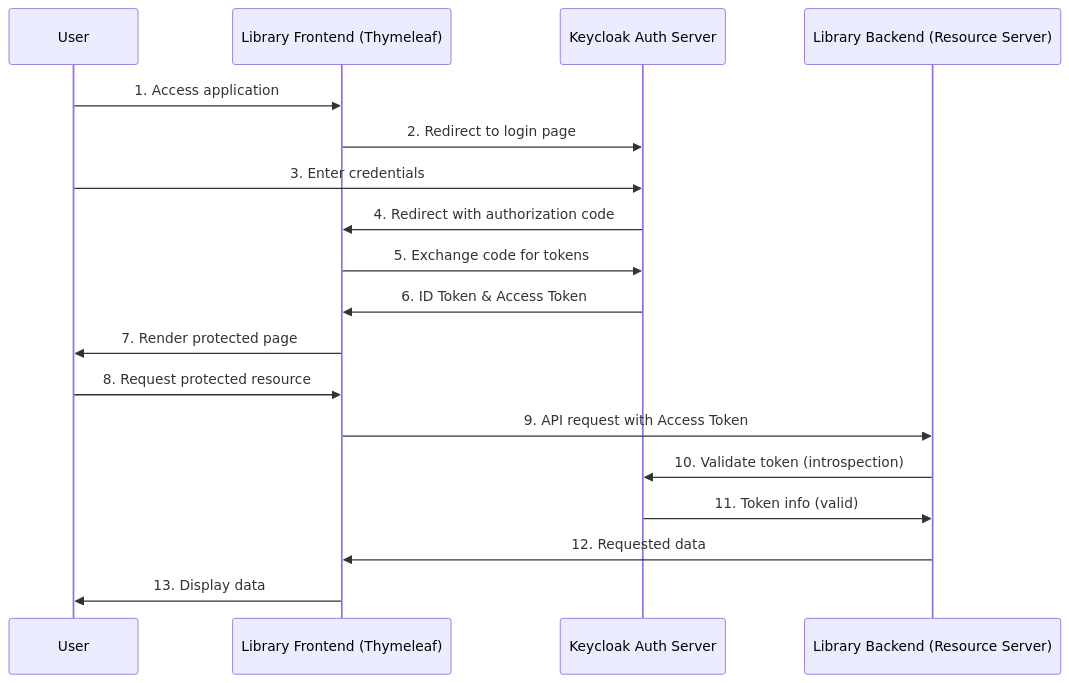
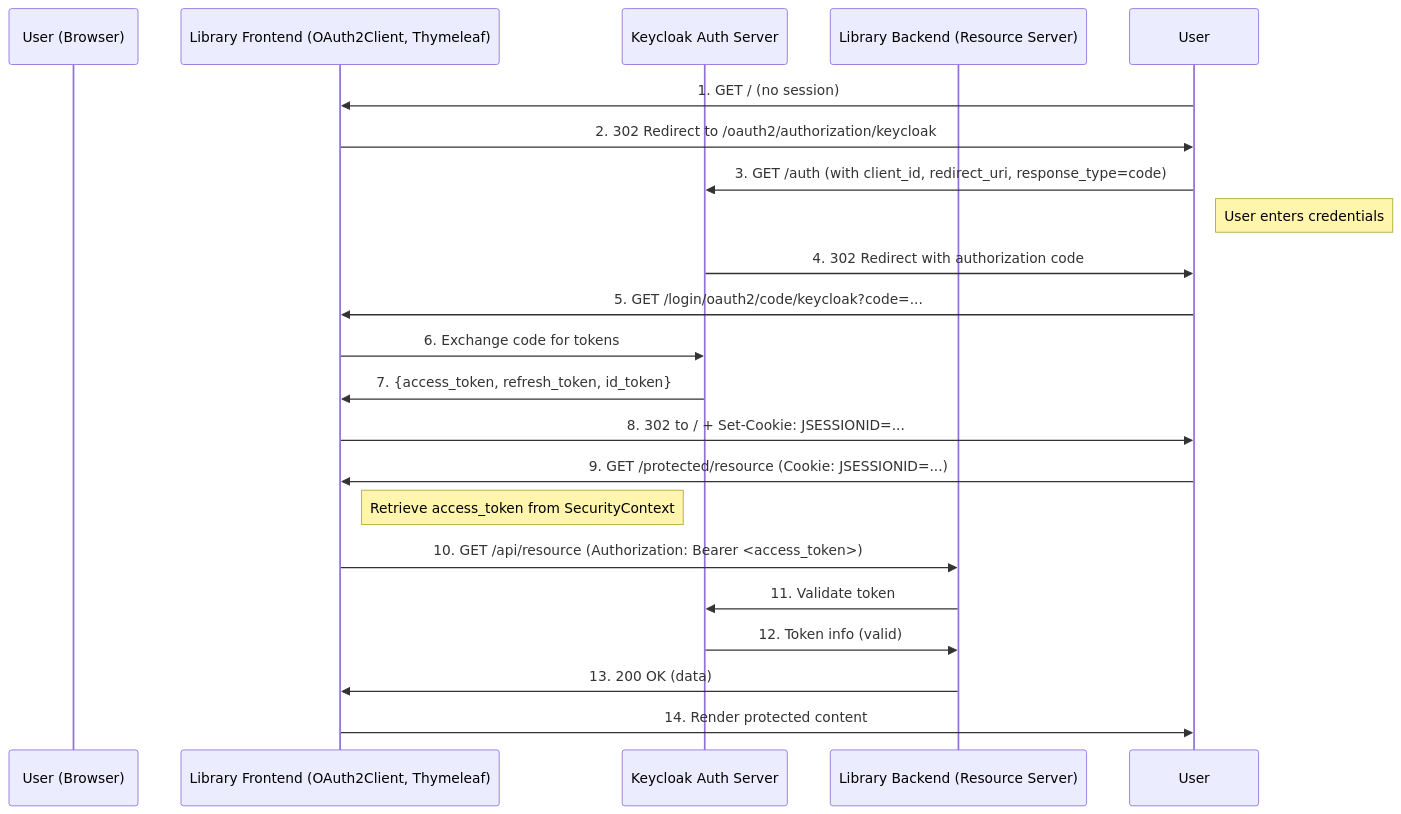
Before and after one commit to kergru/library-mvc: the second of 2 diagrams in README.md, drawn with Mermaid.

````diff
--- a/README.md
+++ b/README.md
@@ -98,21 +98,25 @@
 ```mermaid
 sequenceDiagram
-    participant User as User
-    participant Frontend as Library Frontend (Thymeleaf)
+    participant User (Browser)
+    participant Frontend as Library Frontend (OAuth2Client, Thymeleaf)
     participant AuthServer as Keycloak Auth Server
     participant Backend as Library Backend (Resource Server)
 
-    User->>Frontend: 1. Access application
-    Frontend->>AuthServer: 2. Redirect to login page
-    User->>AuthServer: 3. Enter credentials
-    AuthServer->>Frontend: 4. Redirect with authorization code
-    Frontend->>AuthServer: 5. Exchange code for tokens
-    AuthServer->>Frontend: 6. ID Token & Access Token
-    Frontend->>User: 7. Render protected page
-    User->>Frontend: 8. Request protected resource
-    Frontend->>Backend: 9. API request with Access Token
-    Backend->>AuthServer: 10. Validate token (introspection)
-    AuthServer->>Backend: 11. Token info (valid)
-    Backend->>Frontend: 12. Requested data
-    Frontend->>User: 13. Display data
+    User->>Frontend: 1. GET / (no session)
+    Frontend->>User: 2. 302 Redirect to /oauth2/authorization/keycloak
+    User->>AuthServer: 3. GET /auth (with client_id, redirect_uri, response_type=code)
+    Note right of User: User enters credentials
+    AuthServer->>User: 4. 302 Redirect with authorization code
+    User->>Frontend: 5. GET /login/oauth2/code/keycloak?code=...
+    Frontend->>AuthServer: 6. Exchange code for tokens
+    AuthServer->>Frontend: 7. {access_token, refresh_token, id_token}
+    Frontend->>User: 8. 302 to / + Set-Cookie: JSESSIONID=...
+
+    User->>Frontend: 9. GET /protected/resource (Cookie: JSESSIONID=...)
+    Note right of Frontend: Retrieve access_token from SecurityContext
+    Frontend->>Backend: 10. GET /api/resource (Authorization: Bearer <access_token>)
+    Backend->>AuthServer: 11. Validate token
+    AuthServer->>Backend: 12. Token info (valid)
+    Backend->>Frontend: 13. 200 OK (data)
+    Frontend->>User: 14. Render protected content
 ```
````
